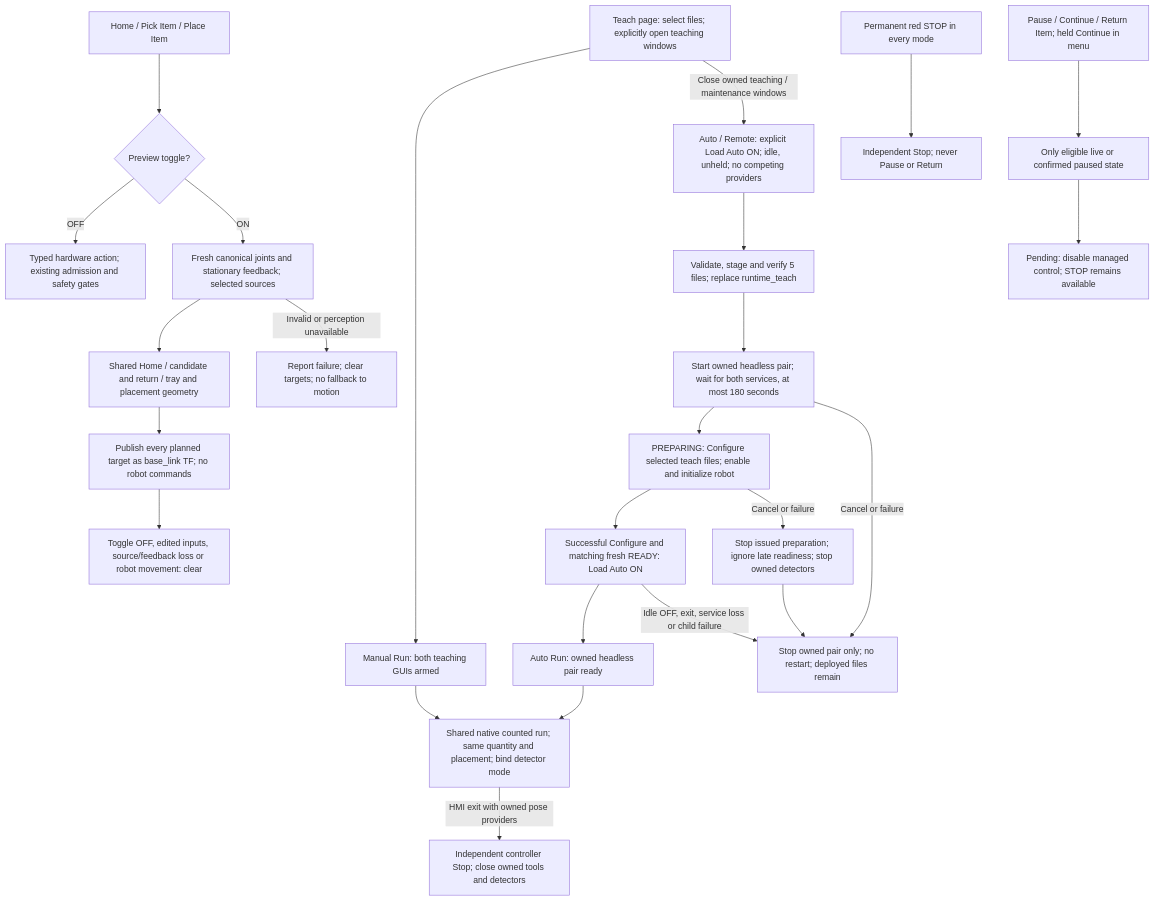
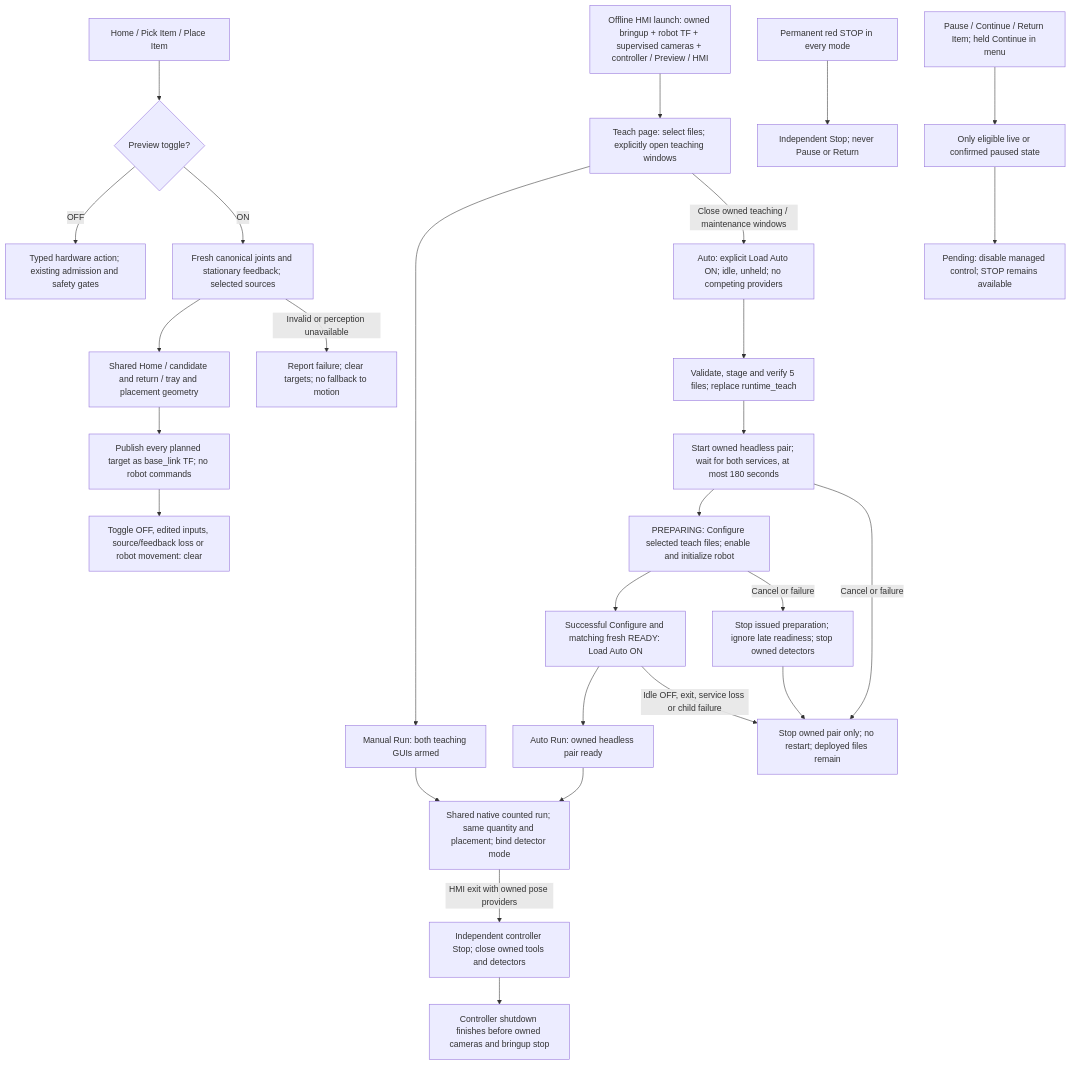
The first of 9 diagrams in docs/ROBOT_CONTROLLER_FSM.md (esgange/dobot_picknplace_yolo), drawn with Mermaid before and after one commit. The commit also changed other lines of this file and 14 other files, not shown here.

Commit message:
Start offline station dependencies with the HMI

````diff
--- a/docs/ROBOT_CONTROLLER_FSM.md
+++ b/docs/ROBOT_CONTROLLER_FSM.md
@@ -963,27 +980,29 @@
 ```mermaid
 flowchart TD
+    Launch["Offline HMI launch: owned bringup + robot TF + supervised cameras + controller / Preview / HMI"] --> TeachPage
     TeachPage["Teach page: select files; explicitly open teaching windows"] --> Manual
-    TeachPage -->|Close owned teaching / maintenance windows| Deploy["Auto / Remote: explicit Load Auto ON; idle, unheld; no competing providers"]
+    TeachPage -->|Close owned teaching / maintenance windows| Deploy["Auto: explicit Load Auto ON; idle, unheld; no competing providers"]
     Deploy --> Copy["Validate, stage and verify 5 files; replace runtime_teach"]
     Copy --> Detect["Start owned headless pair; wait for both services, at most 180 seconds"]
     Detect --> Prepare["PREPARING: Configure selected teach files; enable and initialize robot"]
     Prepare --> Loaded["Successful Configure and matching fresh READY: Load Auto ON"]
     Loaded --> Auto["Auto Run: owned headless pair ready"]
     Manual["Manual Run: both teaching GUIs armed"] --> Run["Shared native counted run; same quantity and placement; bind detector mode"]
     Auto --> Run
     Run -->|HMI exit with owned pose providers| HmiExit["Independent controller Stop; close owned tools and detectors"]
+    HmiExit --> StationExit["Controller shutdown finishes before owned cameras and bringup stop"]
     Loaded -->|Idle OFF, exit, service loss or child failure| End["Stop owned pair only; no restart; deployed files remain"]
     Detect -->|Cancel or failure| End
     Prepare -->|Cancel or failure| CancelPrepare["Stop issued preparation; ignore late readiness; stop owned detectors"]
     CancelPrepare --> End
     Buttons["Home / Pick Item / Place Item"] --> Mode{"Preview toggle?"}
     Mode -->|OFF| Action["Typed hardware action; existing admission and safety gates"]
     Mode -->|ON| Inputs["Fresh canonical joints and stationary feedback; selected sources"]
     Inputs --> Plan["Shared Home / candidate and return / tray and placement geometry"]
     Plan --> TF["Publish every planned target as base_link TF; no robot commands"]
     TF --> Clear["Toggle OFF, edited inputs, source/feedback loss or robot movement: clear"]
     Inputs -->|Invalid or perception unavailable| Failed["Report failure; clear targets; no fallback to motion"]
     Stop["Permanent red STOP in every mode"] --> Direct["Independent Stop; never Pause or Return"]
     Managed["Pause / Continue / Return Item; held Continue in menu"] --> Guard["Only eligible live or confirmed paused state"]
     Guard --> Pending["Pending: disable managed control; STOP remains available"]
 ```
````
